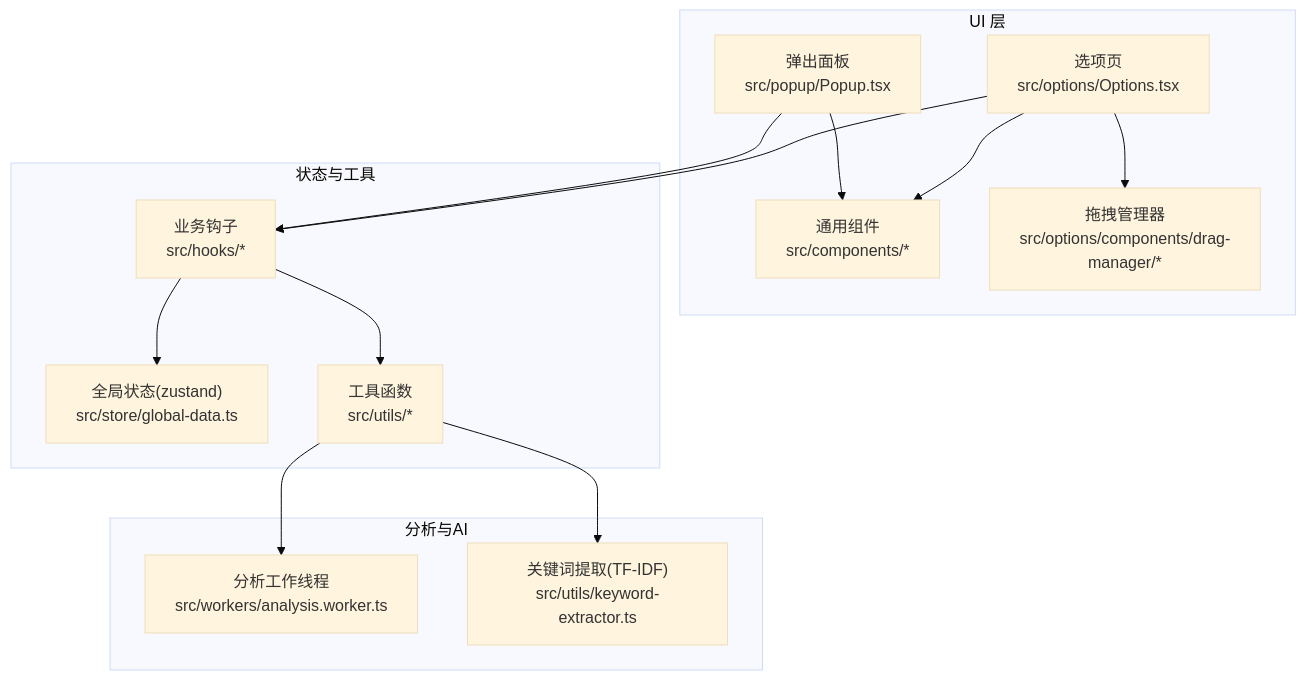
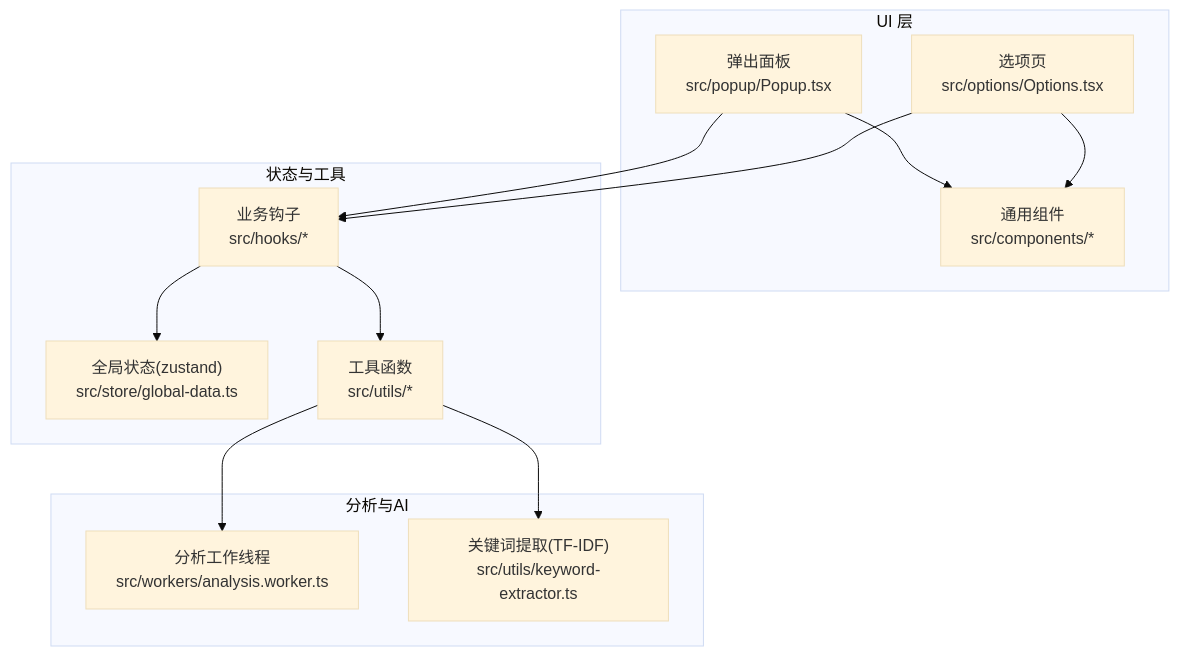
The first of 7 diagrams in .qoder/repowiki/zh/content/核心功能模块/核心功能模块.md (RadiumAg/bilibili-favorites), drawn with Mermaid (base theme) before and after one commit. The commit also changed other lines of this file and 27 other files, not shown here.

````diff
--- a/.qoder/repowiki/zh/content/核心功能模块/核心功能模块.md
+++ b/.qoder/repowiki/zh/content/核心功能模块/核心功能模块.md
@@ -58,27 +56,25 @@
 ```mermaid
 graph TB
 subgraph "UI 层"
 Popup["弹出面板<br/>src/popup/Popup.tsx"]
 Options["选项页<br/>src/options/Options.tsx"]
 Components["通用组件<br/>src/components/*"]
-DragManager["拖拽管理器<br/>src/options/components/drag-manager/*"]
 end
 subgraph "状态与工具"
 Store["全局状态(zustand)<br/>src/store/global-data.ts"]
 Hooks["业务钩子<br/>src/hooks/*"]
 Utils["工具函数<br/>src/utils/*"]
 end
 subgraph "分析与AI"
 Worker["分析工作线程<br/>src/workers/analysis.worker.ts"]
 KeywordExtractor["关键词提取(TF-IDF)<br/>src/utils/keyword-extractor.ts"]
 end
 Popup --> Components
 Options --> Components
-Options --> DragManager
 Popup --> Hooks
 Options --> Hooks
 Hooks --> Store
 Hooks --> Utils
 Utils --> Worker
 Utils --> KeywordExtractor
 ```
````
